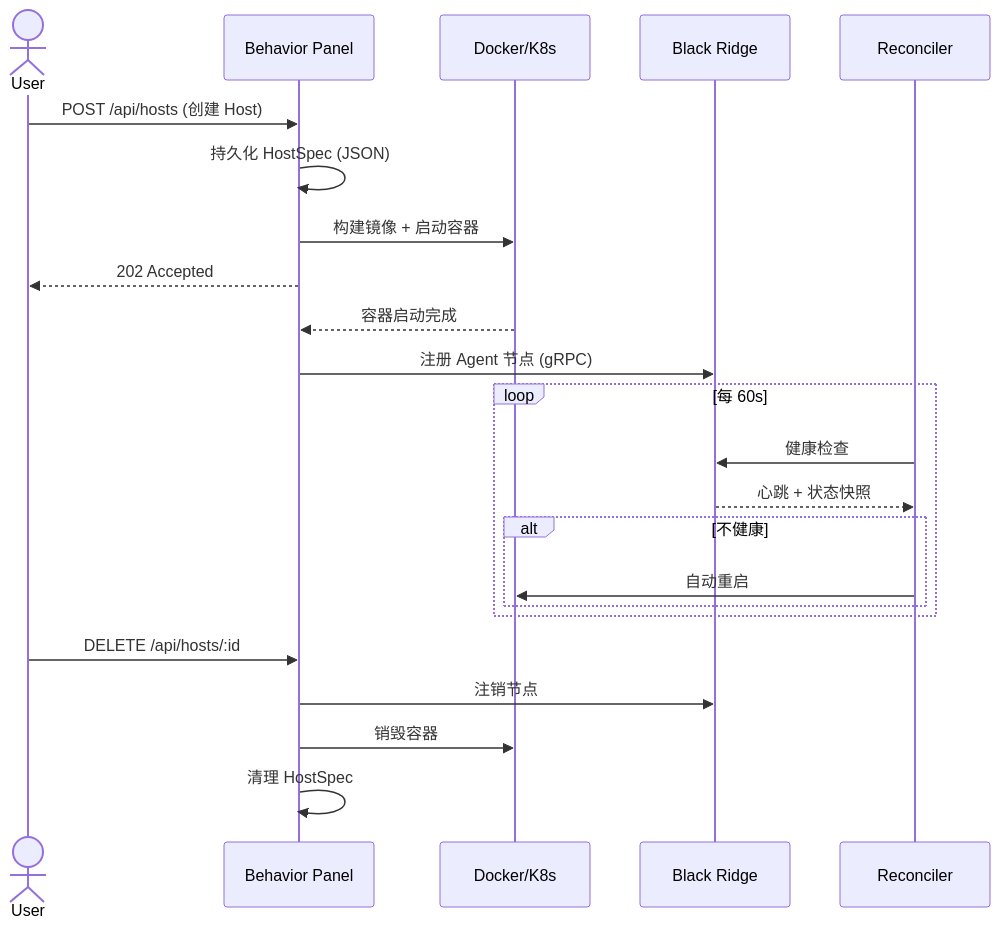
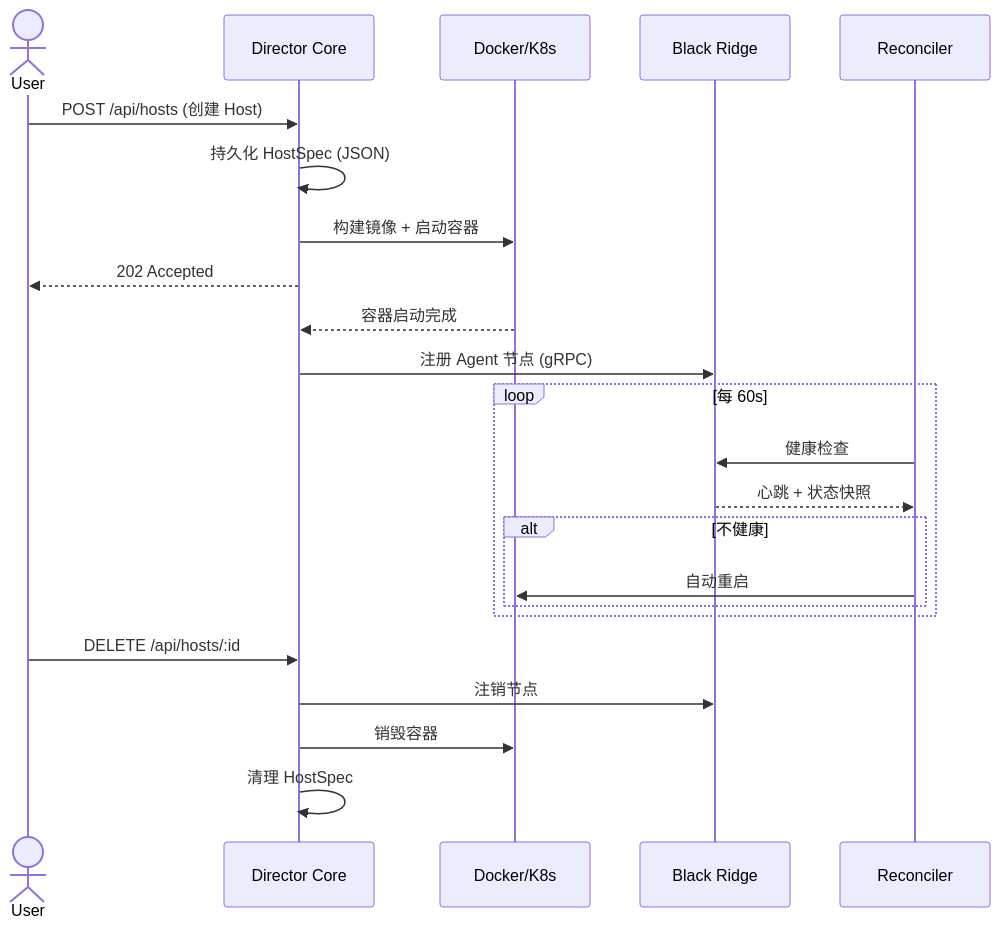
The third of 4 diagrams in docs/architecture.md (charviki/maze), drawn with Mermaid before and after one commit. The commit also changed other lines of this file and 300 other files, not shown here.

````diff
--- a/docs/architecture.md
+++ b/docs/architecture.md
@@ -56,29 +56,29 @@
 ```mermaid
 sequenceDiagram
     actor User
-    participant BP as Behavior Panel
+    participant BP as Director Core
     participant Runtime as Docker/K8s
     participant BR as Black Ridge
     participant RC as Reconciler
 
     User->>BP: POST /api/hosts (创建 Host)
     BP->>BP: 持久化 HostSpec (JSON)
     BP->>Runtime: 构建镜像 + 启动容器
     BP-->>User: 202 Accepted
 
     Runtime-->>BP: 容器启动完成
     BP->>BR: 注册 Agent 节点 (gRPC)
 
     loop 每 60s
         RC->>BR: 健康检查
         BR-->>RC: 心跳 + 状态快照
         alt 不健康
             RC->>Runtime: 自动重启
         end
     end
 
     User->>BP: DELETE /api/hosts/:id
     BP->>BR: 注销节点
     BP->>Runtime: 销毁容器
     BP->>BP: 清理 HostSpec
 ```
````
